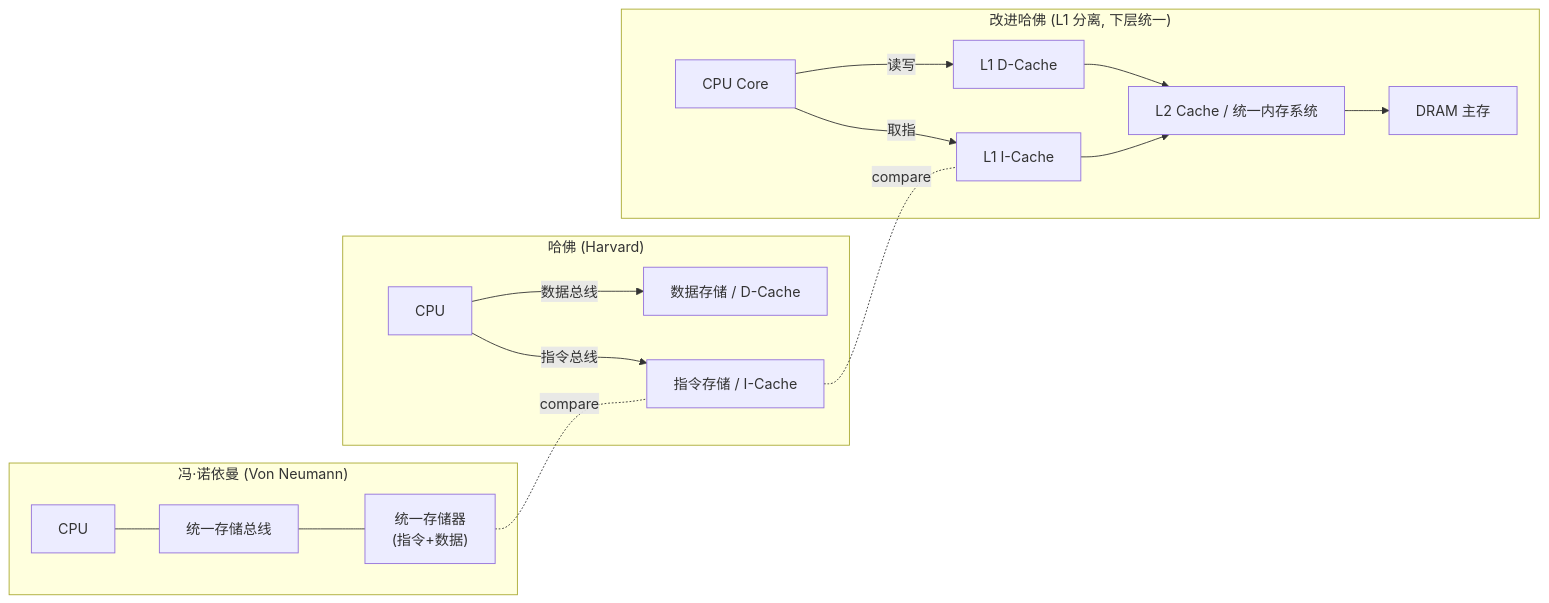
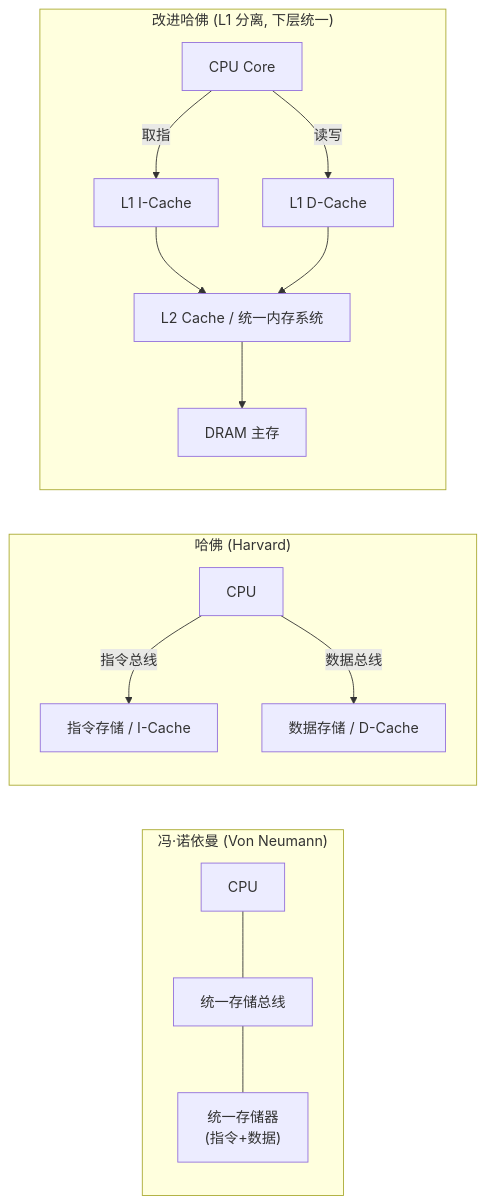
Before and after one commit to TheBestUsagi/internship: the first of 2 diagrams in docs/week1.md, drawn with Mermaid.

````diff
--- a/docs/week1.md
+++ b/docs/week1.md
@@ -71,34 +71,32 @@
 ```mermaid
 flowchart LR
   %% --- 冯·诺依曼 ---
   subgraph V["冯·诺依曼 (Von Neumann)"]
     CPU1["CPU"]
     BUS1["统一存储总线"]
     MEM1["统一存储器\n(指令+数据)"]
     CPU1 --- BUS1 --- MEM1
   end
 
   %% --- 哈佛 ---
   subgraph H["哈佛 (Harvard)"]
     CPU2["CPU"]
     IMEM["指令存储 / I-Cache"]
     DMEM["数据存储 / D-Cache"]
     CPU2 -- 指令总线 --> IMEM
     CPU2 -- 数据总线 --> DMEM
   end
 
   %% --- 改进哈佛（现代CPU常见） ---
   subgraph M["改进哈佛 (L1 分离, 下层统一)"]
     CORE["CPU Core"]
     I_L1["L1 I-Cache"]
     D_L1["L1 D-Cache"]
     L2["L2 Cache / 统一内存系统"]
     MEM2["DRAM 主存"]
     CORE -- 取指 --> I_L1 --> L2 --> MEM2
     CORE -- 读写 --> D_L1 --> L2
   end
 
-  %% 用“代表性节点”跨子图连线作对比（不能直接写 V --- H --- M）
-  MEM1 -. compare .- IMEM
-  IMEM -. compare .- I_L1
+
 ```
````
